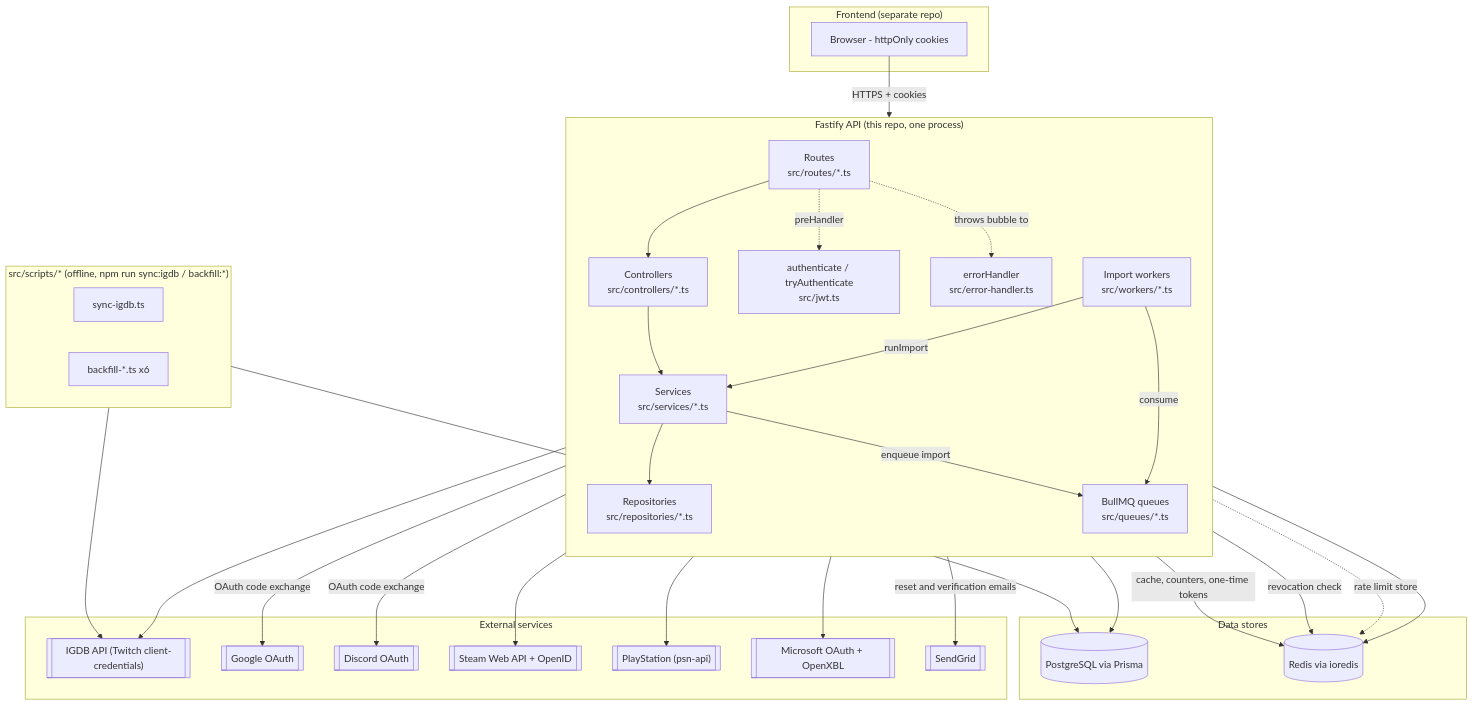
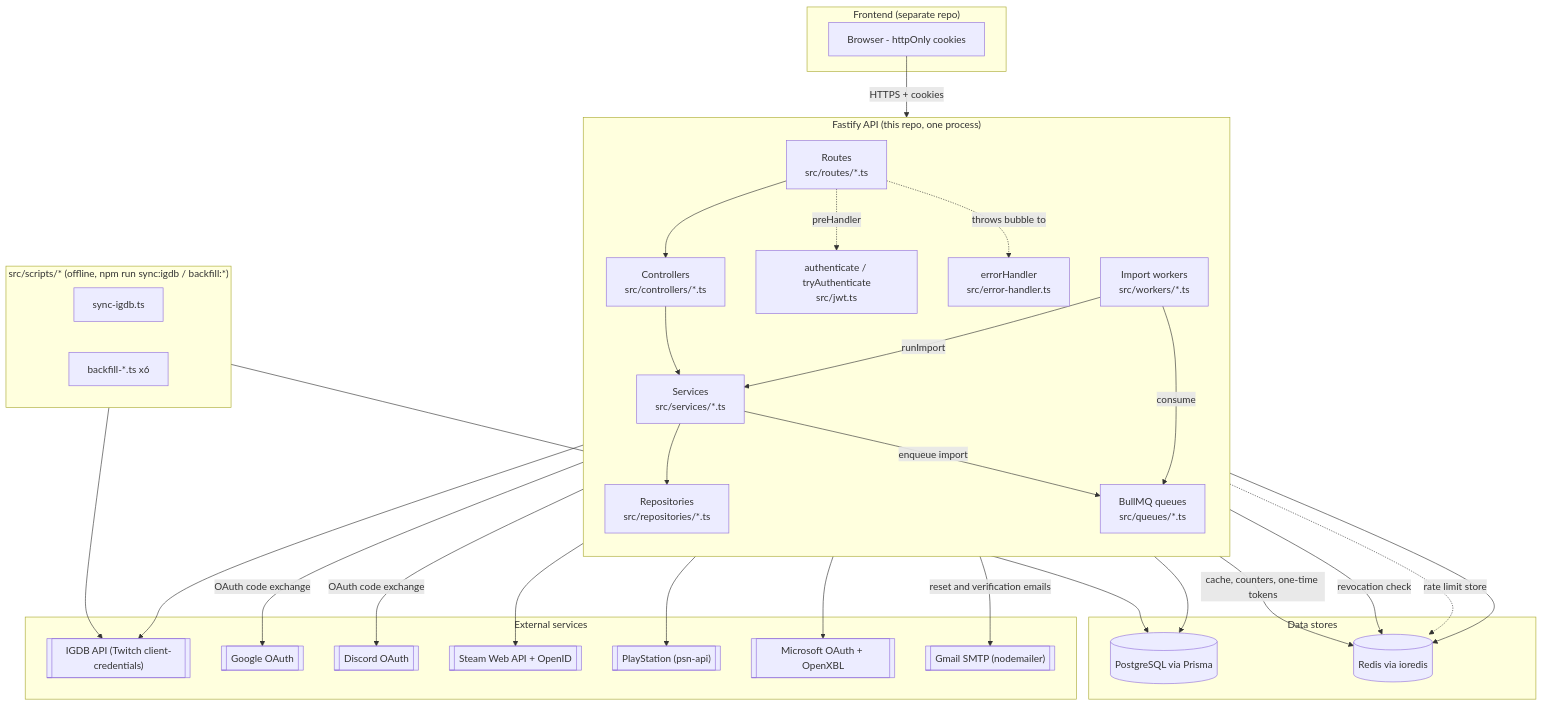
One commit to MathQuente/lib changed the diagram in docs/CODEBASE_MAP.md. Above: the diagram before and after it, drawn with Mermaid. The commit also changed other lines of this file and 1 other file, not shown here.

First line of the commit message:
docs: documentar o envio de e-mail pelo SMTP do Gmail

````diff
--- a/docs/CODEBASE_MAP.md
+++ b/docs/CODEBASE_MAP.md
@@ -15,60 +15,60 @@
 ```mermaid
 flowchart TB
     subgraph Client["Frontend (separate repo)"]
         FE[Browser - httpOnly cookies]
     end
 
     subgraph API["Fastify API (this repo, one process)"]
         direction TB
         ROUTES["Routes\nsrc/routes/*.ts"]
         CTRL["Controllers\nsrc/controllers/*.ts"]
         SVC["Services\nsrc/services/*.ts"]
         REPO["Repositories\nsrc/repositories/*.ts"]
         JWTMOD["authenticate / tryAuthenticate\nsrc/jwt.ts"]
         ERR["errorHandler\nsrc/error-handler.ts"]
         QUEUES["BullMQ queues\nsrc/queues/*.ts"]
         WORKERS["Import workers\nsrc/workers/*.ts"]
     end
 
     subgraph Data["Data stores"]
         PG[(PostgreSQL via Prisma)]
         REDIS[(Redis via ioredis)]
     end
 
     subgraph External["External services"]
         IGDB[["IGDB API (Twitch client-credentials)"]]
         GOOGLE[["Google OAuth"]]
         DISCORD[["Discord OAuth"]]
         STEAM[["Steam Web API + OpenID"]]
         PSN[["PlayStation (psn-api)"]]
         XBOX[["Microsoft OAuth + OpenXBL"]]
-        SENDGRID[["SendGrid"]]
+        SMTP[["Gmail SMTP (nodemailer)"]]
     end
 
     FE -->|HTTPS + cookies| ROUTES
     ROUTES --> CTRL --> SVC --> REPO
     REPO --> PG
     SVC -->|cache, counters, one-time tokens| REDIS
     ROUTES -.->|preHandler| JWTMOD
     JWTMOD -->|revocation check| REDIS
     ROUTES -.->|rate limit store| REDIS
     ROUTES -.->|throws bubble to| ERR
     SVC --> IGDB
     SVC -->|enqueue import| QUEUES
     QUEUES --> REDIS
     WORKERS -->|consume| QUEUES
     WORKERS -->|runImport| SVC
     SVC --> STEAM
     SVC --> PSN
     SVC --> XBOX
-    SVC -->|reset and verification emails| SENDGRID
+    SVC -->|reset and verification emails| SMTP
     CTRL -->|OAuth code exchange| GOOGLE
     CTRL -->|OAuth code exchange| DISCORD
 
     subgraph Scripts["src/scripts/* (offline, npm run sync:igdb / backfill:*)"]
         SYNC[sync-igdb.ts]
         BF[backfill-*.ts x6]
     end
     Scripts --> IGDB
     Scripts --> PG
 ```
````
